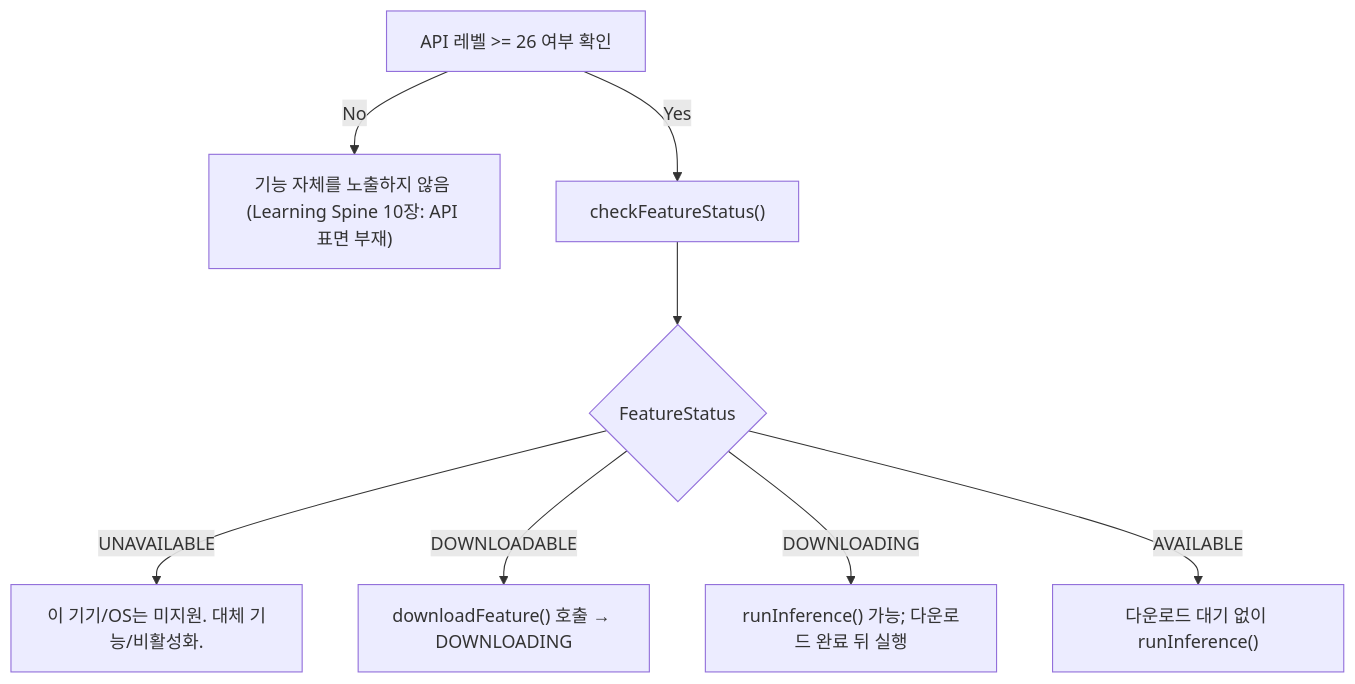
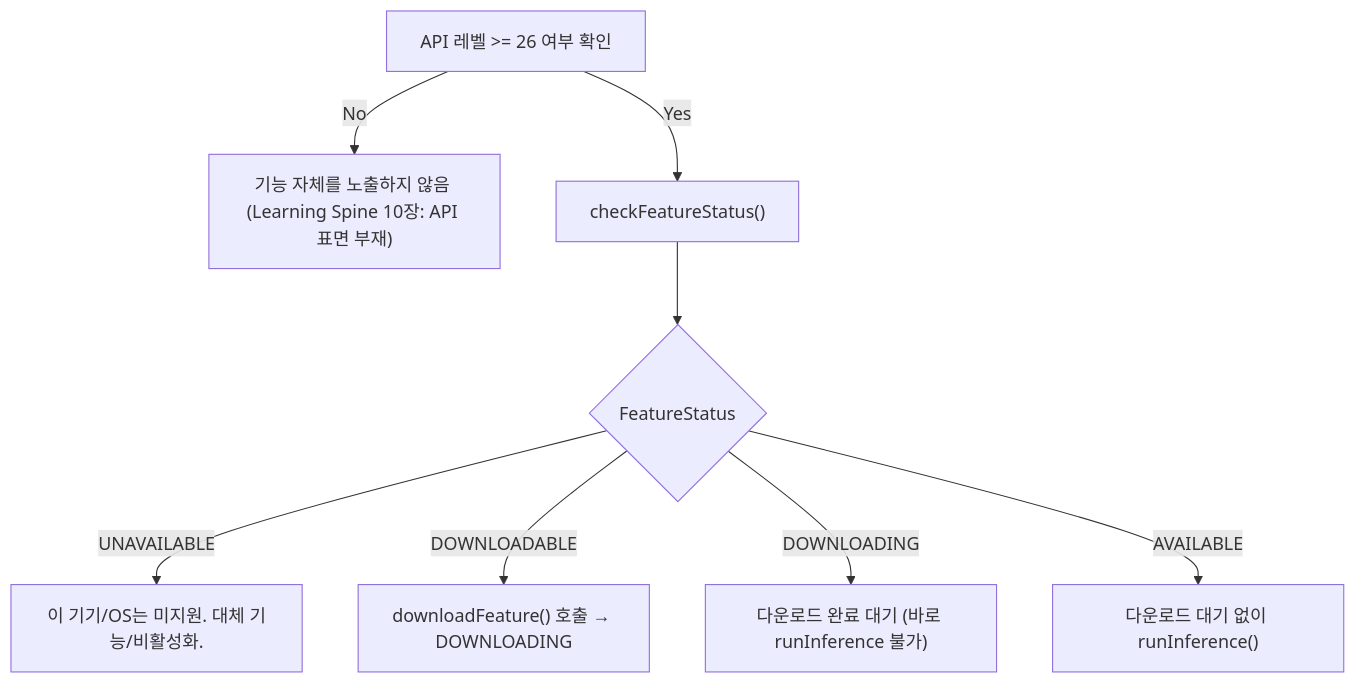
Before and after one commit to youngmin-gwon/what-i-studied: the diagram in 01_inbox/mobile/android/04_system_services/device-capabilities/on-device-ai-contracts/on-device-ai-feature-availability-must-be-checked-before-use.md, drawn with Mermaid. The commit also changed other lines of this file and 102 other files, not shown here.

````diff
--- a/01_inbox/mobile/android/04_system_services/device-capabilities/on-device-ai-contracts/on-device-ai-feature-availability-must-be-checked-before-use.md
+++ b/01_inbox/mobile/android/04_system_services/device-capabilities/on-device-ai-contracts/on-device-ai-feature-availability-must-be-checked-before-use.md
@@ -77,11 +78,11 @@
 ```mermaid
 flowchart TD
     A["API 레벨 >= 26 여부 확인"]
     A -->|"No"| B["기능 자체를 노출하지 않음 (Learning Spine 10장: API 표면 부재)"]
     A -->|"Yes"| C["checkFeatureStatus()"]
     C --> D{"FeatureStatus"}
     D -->|"UNAVAILABLE"| E["이 기기/OS는 미지원. 대체 기능/비활성화."]
     D -->|"DOWNLOADABLE"| F["downloadFeature() 호출 → DOWNLOADING"]
-    D -->|"DOWNLOADING"| G["runInference() 가능; 다운로드 완료 뒤 실행"]
+    D -->|"DOWNLOADING"| G["다운로드 완료 대기 (바로 runInference 불가)"]
     D -->|"AVAILABLE"| H["다운로드 대기 없이 runInference()"]
 ```
````
